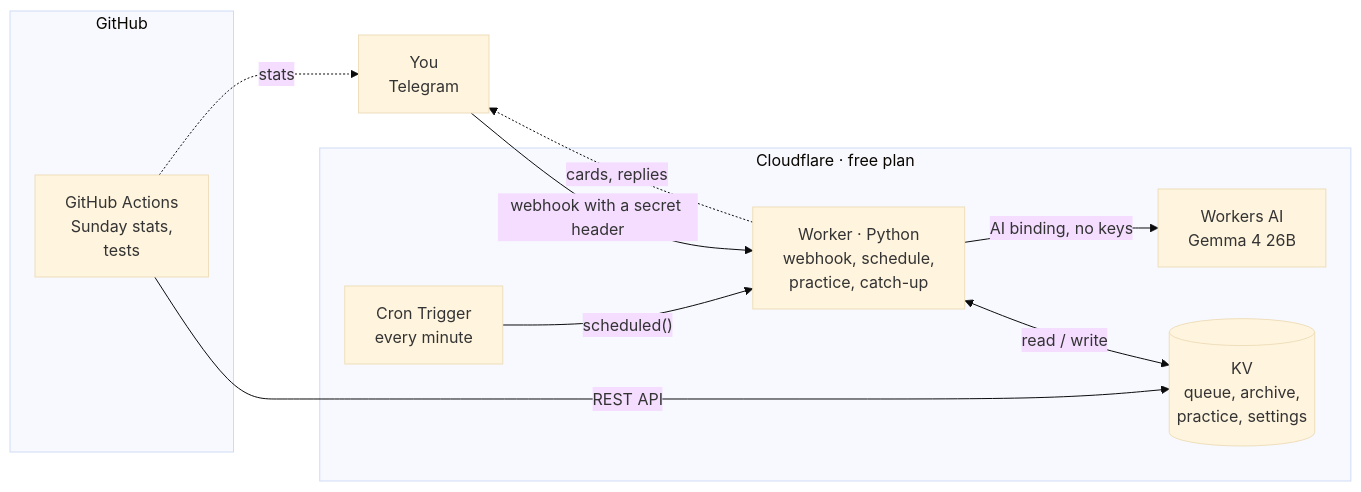
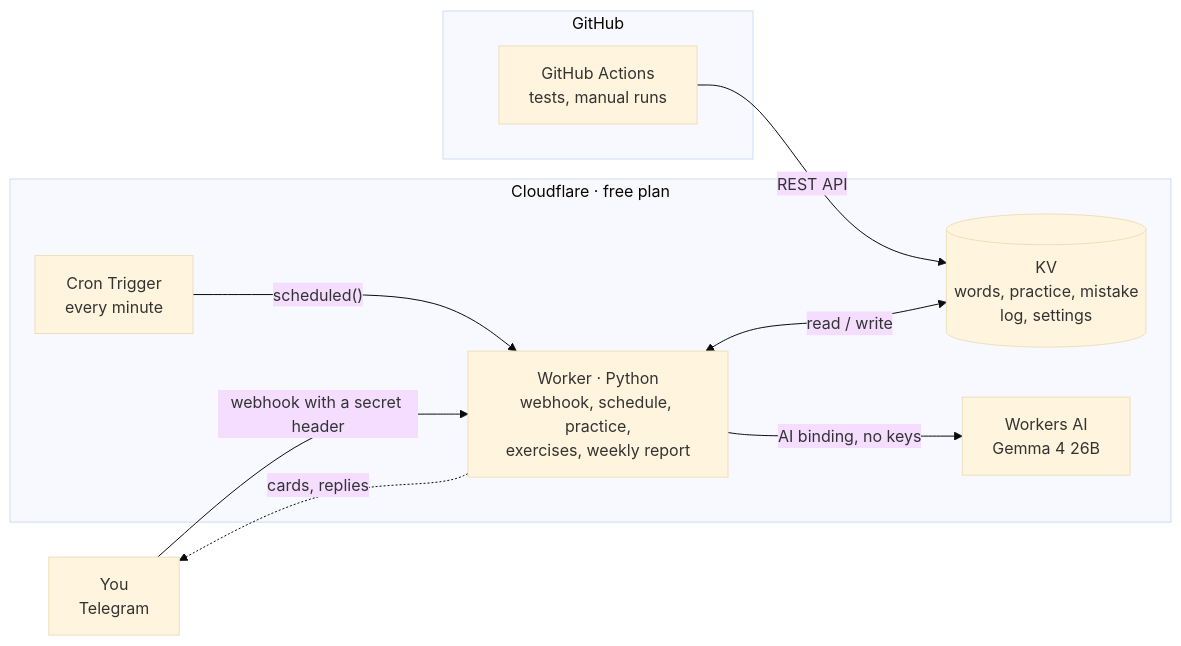
The diagram in README.en.md (1abobik1/VocabTGBot), drawn with Mermaid (base theme) before and after one commit. The commit also changed other lines of this file and 10 other files, not shown here.

````diff
--- a/README.en.md
+++ b/README.en.md
@@ -21,20 +21,19 @@
 ```mermaid
 flowchart LR
     U[You<br/>Telegram]
     subgraph CF [Cloudflare · free plan]
       C[Cron Trigger<br/>every minute]
-      W[Worker · Python<br/>webhook, schedule,<br/>practice, catch-up]
+      W[Worker · Python<br/>webhook, schedule, practice,<br/>exercises, weekly report]
       AI[Workers AI<br/>Gemma 4 26B]
-      KV[(KV<br/>queue, archive,<br/>practice, settings)]
+      KV[(KV<br/>words, practice, mistake<br/>log, settings)]
     end
     subgraph GH [GitHub]
-      A[GitHub Actions<br/>Sunday stats,<br/>tests]
+      A[GitHub Actions<br/>tests, manual runs]
     end
     U -- "webhook with a secret header" --> W
     W -. "cards, replies" .-> U
     C -- "scheduled()" --> W
     W <-- "read / write" --> KV
     W -- "AI binding, no keys" --> AI
     A -- "REST API" --> KV
-    A -. "stats" .-> U
 ```
````
